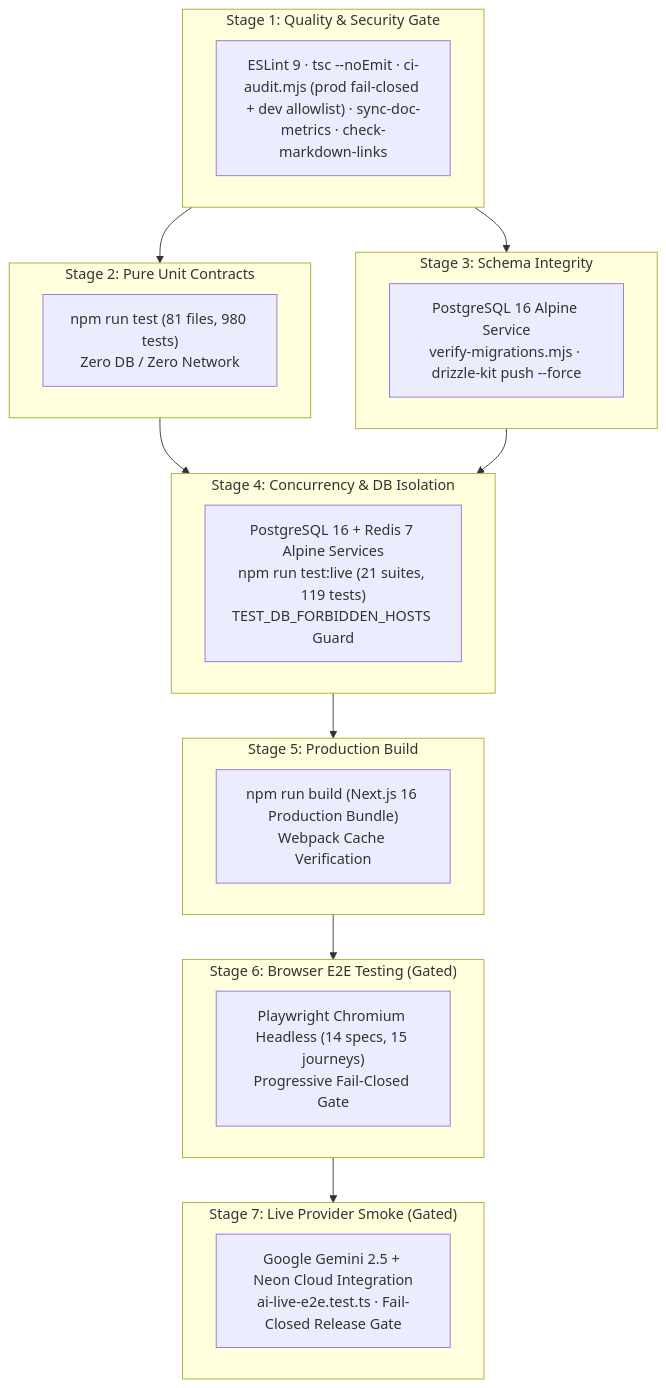
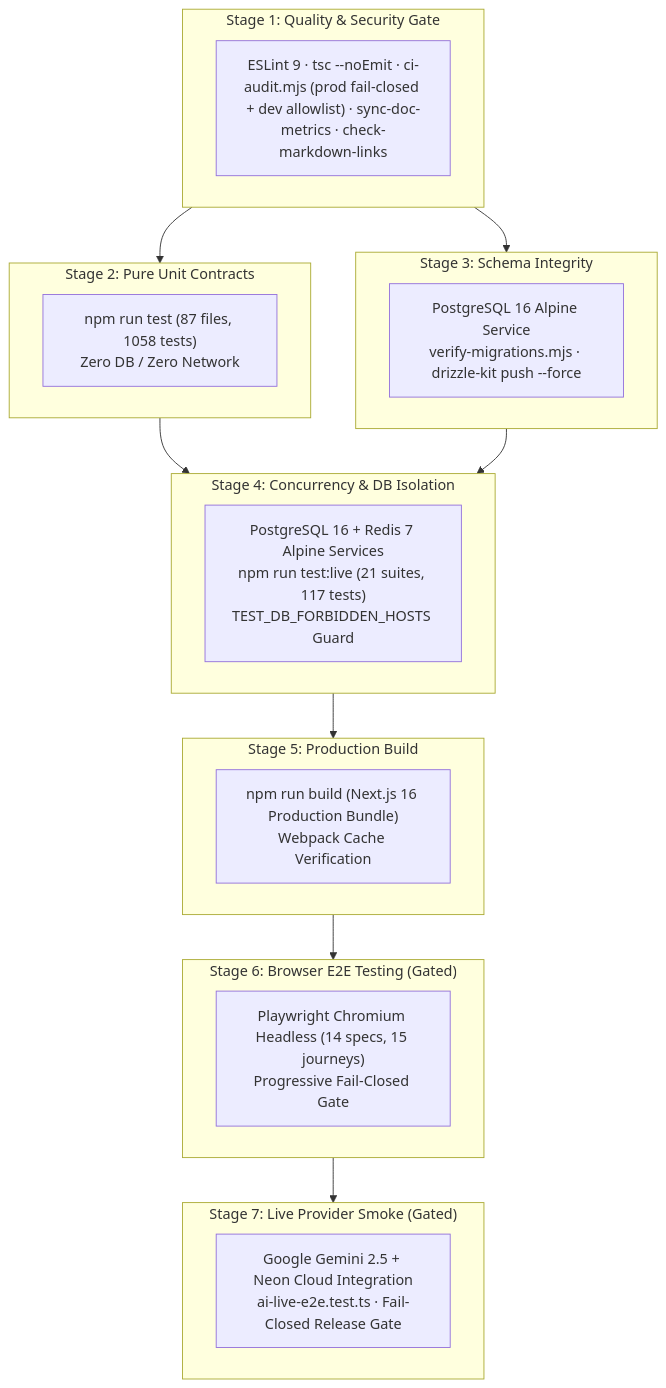
The first of 2 diagrams in docs/reference/ci-pipeline.md (Abdullah931-stack/LUGX), drawn with Mermaid before and after one commit. The commit also changed other lines of this file and 14 other files, not shown here.

````diff
--- a/docs/reference/ci-pipeline.md
+++ b/docs/reference/ci-pipeline.md
@@ -25,38 +33,38 @@
 ```mermaid
 flowchart TD
     subgraph S1 ["Stage 1: Quality & Security Gate"]
         QG["ESLint 9 · tsc --noEmit · ci-audit.mjs (prod fail-closed + dev allowlist) · sync-doc-metrics · check-markdown-links"]
     end
 
     subgraph S2 ["Stage 2: Pure Unit Contracts"]
-        UC["npm run test (81 files, 980 tests)<br/>Zero DB / Zero Network"]
+        UC["npm run test (87 files, 1058 tests)<br/>Zero DB / Zero Network"]
     end
 
     subgraph S3 ["Stage 3: Schema Integrity"]
         SI["PostgreSQL 16 Alpine Service<br/>verify-migrations.mjs · drizzle-kit push --force"]
     end
 
     subgraph S4 ["Stage 4: Concurrency & DB Isolation"]
-        CDI["PostgreSQL 16 + Redis 7 Alpine Services<br/>npm run test:live (21 suites, 119 tests)<br/>TEST_DB_FORBIDDEN_HOSTS Guard"]
+        CDI["PostgreSQL 16 + Redis 7 Alpine Services<br/>npm run test:live (21 suites, 117 tests)<br/>TEST_DB_FORBIDDEN_HOSTS Guard"]
     end
 
     subgraph S5 ["Stage 5: Production Build"]
         PB["npm run build (Next.js 16 Production Bundle)<br/>Webpack Cache Verification"]
     end
 
     subgraph S6 ["Stage 6: Browser E2E Testing (Gated)"]
         E2E["Playwright Chromium Headless (14 specs, 15 journeys)<br/>Progressive Fail-Closed Gate"]
     end
 
     subgraph S7 ["Stage 7: Live Provider Smoke (Gated)"]
         SMOKE["Google Gemini 2.5 + Neon Cloud Integration<br/>ai-live-e2e.test.ts · Fail-Closed Release Gate"]
     end
 
     S1 --> S2
     S1 --> S3
     S2 --> S4
     S3 --> S4
     S4 --> S5
     S5 --> S6
     S6 --> S7
 ```
````
